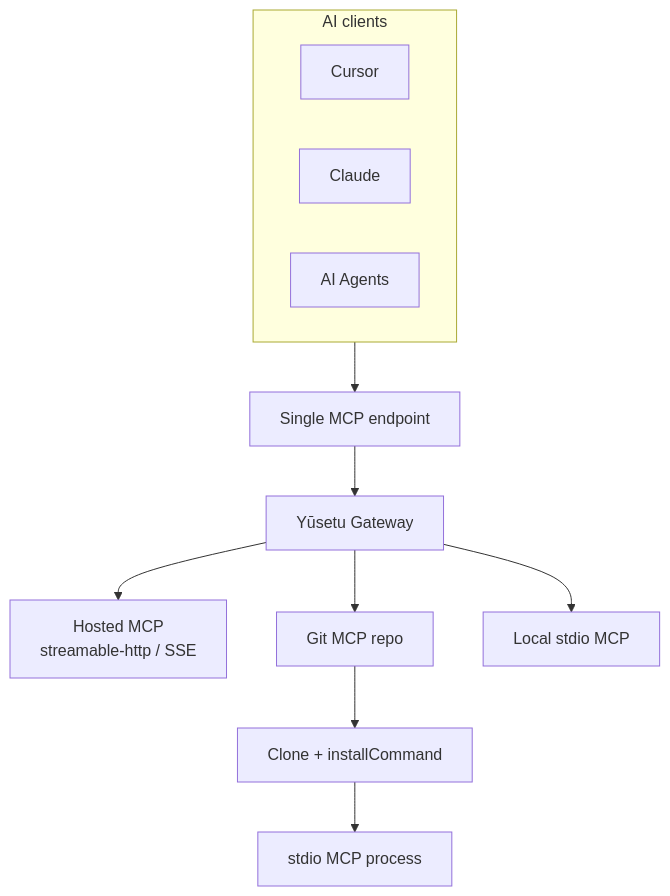
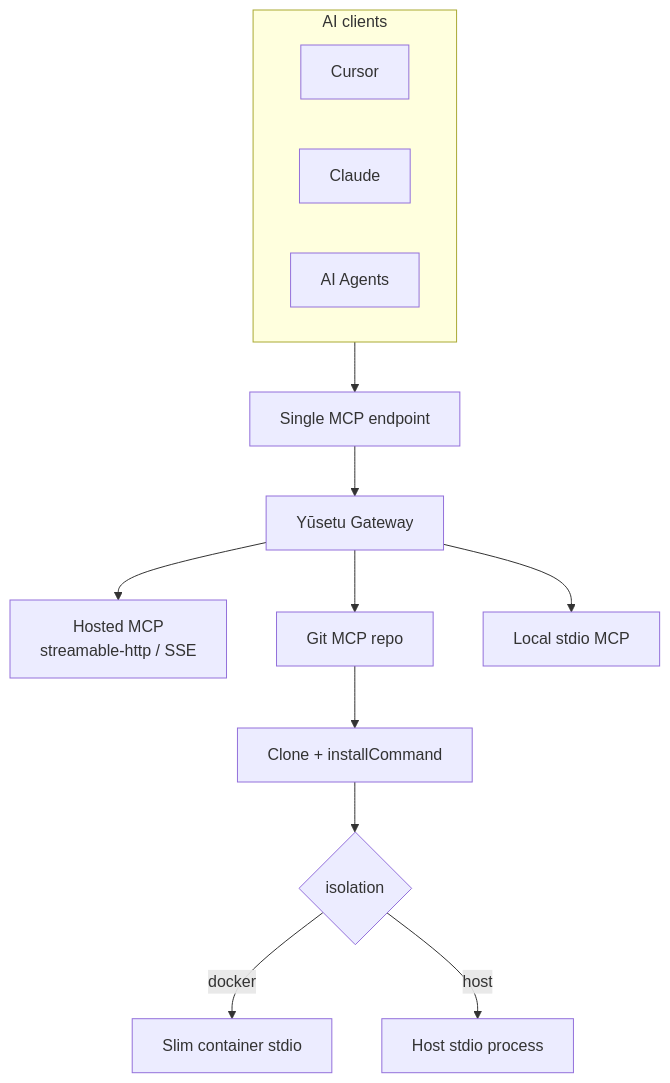
Before and after one commit to builtbyaakash/yusetu: the diagram in README.md, drawn with Mermaid. The commit also changed other lines of this file and 10 other files, not shown here.

Commit message:
Add Docker isolation for Git MCPs with slim containers and network-none default.

````diff
--- a/README.md
+++ b/README.md
@@ -77,18 +78,20 @@
 ```mermaid
 flowchart TB
   subgraph clients [AI clients]
     Cursor
     Claude
     Agents[AI Agents]
   end
 
   clients --> Endpoint[Single MCP endpoint]
   Endpoint --> Gateway[Yūsetu Gateway]
 
   Gateway --> Hosted[Hosted MCP<br/>streamable-http / SSE]
   Gateway --> GitSrc[Git MCP repo]
   Gateway --> Local[Local stdio MCP]
 
   GitSrc --> Build[Clone + installCommand]
-  Build --> Proc[stdio MCP process]
+  Build --> Iso{isolation}
+  Iso -->|docker| Ctr[Slim container stdio]
+  Iso -->|host| Proc[Host stdio process]
 ```
````
